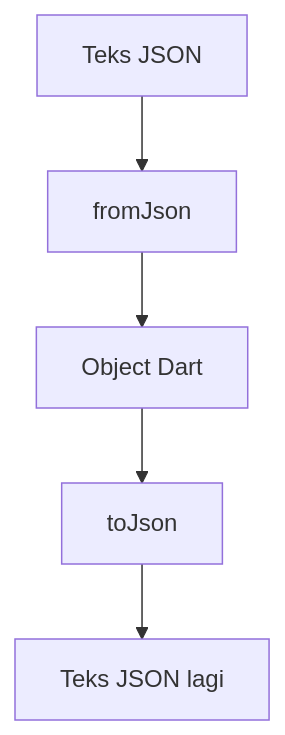
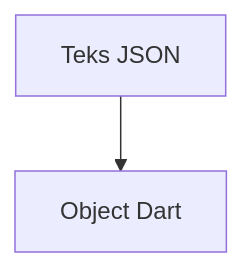
The fourth of 7 diagrams in modul-05-data-lokal/README.md (antonprafanto/mobile2026), drawn with Mermaid before and after one commit. The commit also changed other lines of this file and 4 other files, not shown here.

Commit message:
Fix Modul 05 GitHub diagrams so the JSON flowchart no longer leaves an empty gap.

````diff
--- a/modul-05-data-lokal/README.md
+++ b/modul-05-data-lokal/README.md
@@ -121,7 +121,4 @@
 ```mermaid
 flowchart TB
-  Surat["Teks JSON"] --> Baca["fromJson"]
-  Baca --> Orang["Object Dart"]
-  Orang --> Tulis["toJson"]
-  Tulis --> SuratLagi["Teks JSON lagi"]
+  Json["Teks JSON"] --> Obj["Object Dart"]
 ```
````
